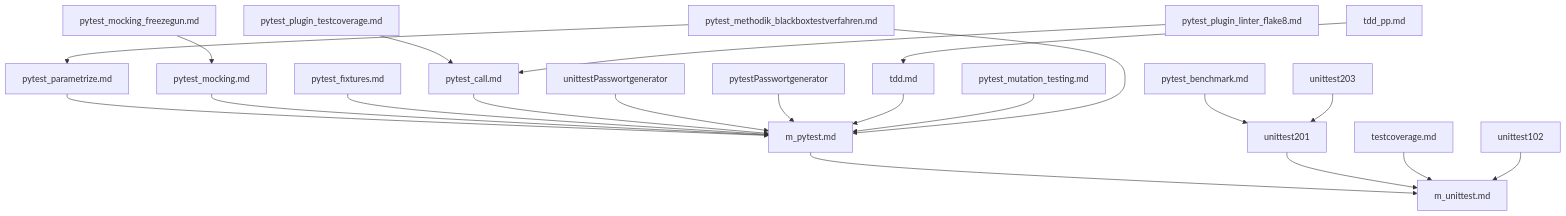
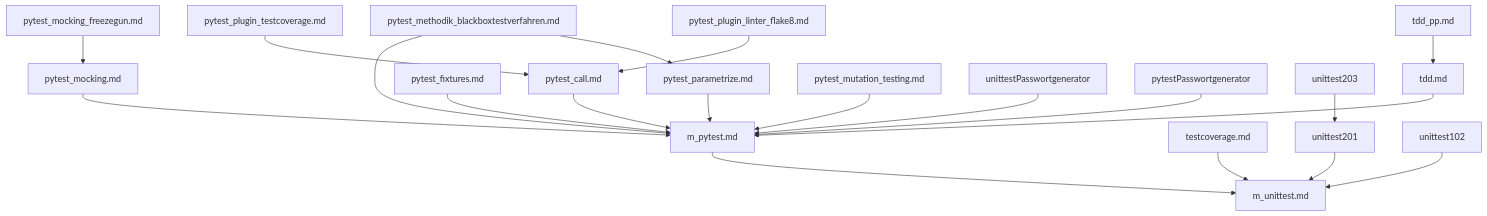
Before and after one commit to fubinf/propra-inf: the diagram in ch/Testen/Unittests/index.md, drawn with Mermaid. The commit also changed other lines of this file and 1 other file, not shown here.

Commit message:
fixed missing relations
Updated #66

````diff
--- a/ch/Testen/Unittests/index.md
+++ b/ch/Testen/Unittests/index.md
@@ -14,39 +14,37 @@
 ```mermaid
 graph TD
     m_unittest["m_unittest.md"]
     m_pytest["m_pytest.md"]
     pytest_parametrize["pytest_parametrize.md"]
     pytest_mocking["pytest_mocking.md"]
     pytest_fixtures["pytest_fixtures.md"]
     pytest_call["pytest_call.md"]
     pytest_plugin_testcoverage["pytest_plugin_testcoverage.md"]
     pytest_plugin_linter_flake8["pytest_plugin_linter_flake8.md"]
-    pytest_benchmark["pytest_benchmark.md"]
     tdd["tdd.md"]
     tdd_pp["tdd_pp.md"]
     testcoverage["testcoverage.md"]
     pytest_mocking_freezegun["pytest_mocking_freezegun.md"]
     pytest_mutation_testing["pytest_mutation_testing.md"]
     pytest_methodik_blackboxtestverfahren["pytest_methodik_blackboxtestverfahren.md"]
 
     m_pytest --> m_unittest
     pytest_parametrize --> m_pytest
     pytest_mocking --> m_pytest
     pytest_fixtures --> m_pytest
     pytest_call --> m_pytest
     pytest_plugin_testcoverage --> pytest_call
     pytest_plugin_linter_flake8 --> pytest_call
-    pytest_benchmark --> unittest201
     unittestPasswortgenerator --> m_pytest
     pytestPasswortgenerator --> m_pytest
     unittest201 --> m_unittest
     unittest203 --> unittest201
     tdd --> m_pytest
     tdd_pp --> tdd
     testcoverage --> m_unittest
     pytest_mocking_freezegun --> pytest_mocking
     pytest_mutation_testing --> m_pytest
     unittest102 --> m_unittest
     pytest_methodik_blackboxtestverfahren --> m_pytest
     pytest_methodik_blackboxtestverfahren --> pytest_parametrize
 ```
````
